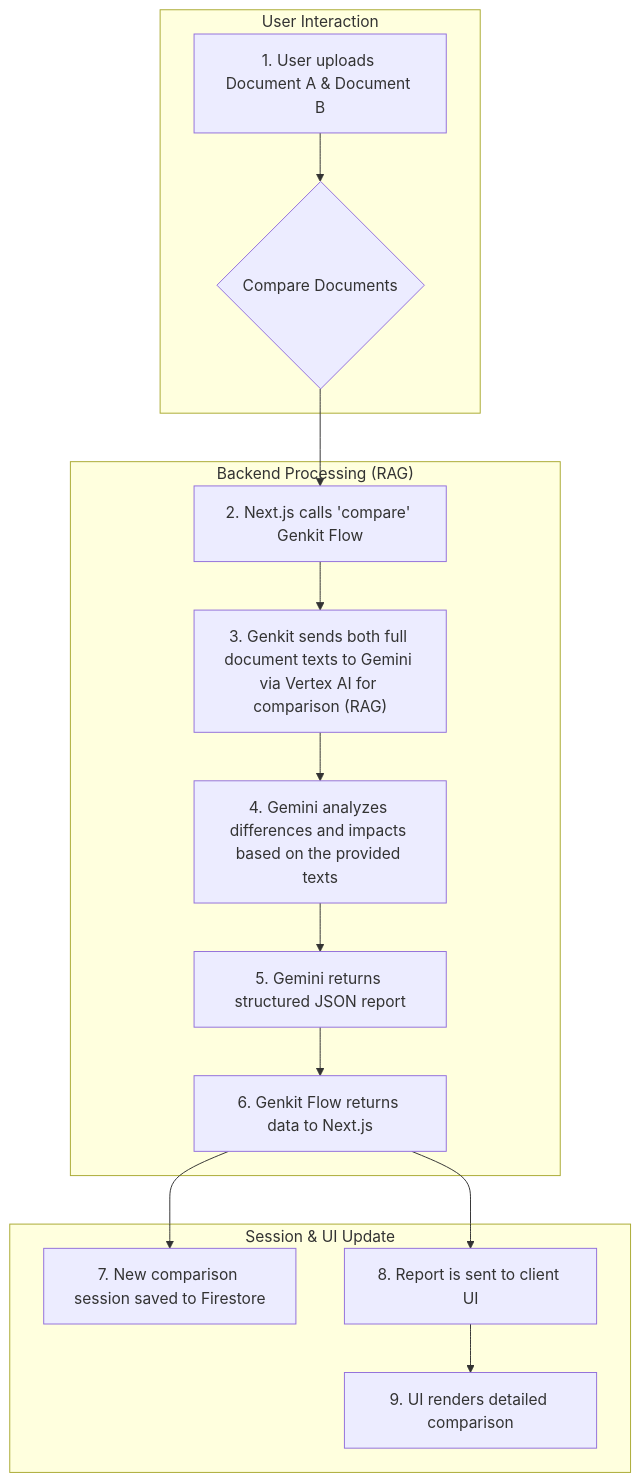
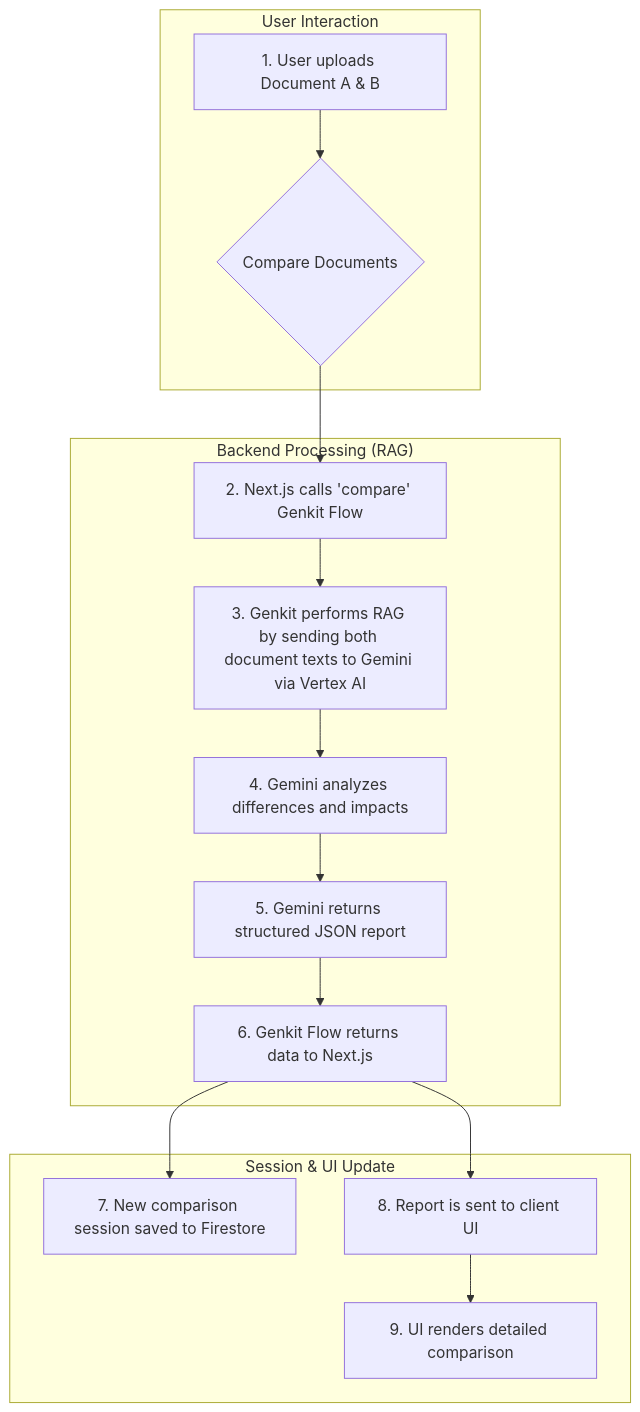
The third of 3 diagrams in README.md (RD500/Vidhik), drawn with Mermaid before and after one commit. The commit also changed other lines of this file, not shown here.

````diff
--- a/README.md
+++ b/README.md
@@ -154,18 +151,18 @@
 ```mermaid
 graph TD
     subgraph User Interaction
-        A[1. User uploads Document A & Document B] --> B{Compare Documents};
+        A["1. User uploads Document A & B"] --> B{"Compare Documents"};
     end
     subgraph "Backend Processing (RAG)"
-        B --> C[2. Next.js calls 'compare' Genkit Flow];
-        C --> D["3. Genkit sends both full document texts to Gemini via Vertex AI for comparison (RAG)"];
-        D --> E[4. Gemini analyzes differences and impacts based on the provided texts];
-        E --> F[5. Gemini returns structured JSON report];
-        F --> G[6. Genkit Flow returns data to Next.js];
+        B --> C["2. Next.js calls 'compare' Genkit Flow"];
+        C --> D["3. Genkit performs RAG by sending both document texts to Gemini via Vertex AI"];
+        D --> E["4. Gemini analyzes differences and impacts"];
+        E --> F["5. Gemini returns structured JSON report"];
+        F --> G["6. Genkit Flow returns data to Next.js"];
     end
     subgraph Session & UI Update
-        G --> H[7. New comparison session saved to Firestore];
-        G --> I[8. Report is sent to client UI];
-        I --> J[9. UI renders detailed comparison];
+        G --> H["7. New comparison session saved to Firestore"];
+        G --> I["8. Report is sent to client UI"];
+        I --> J["9. UI renders detailed comparison"];
     end
 ```
````
